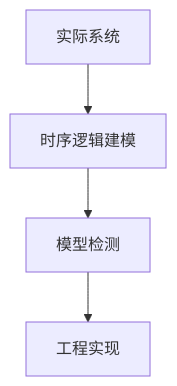
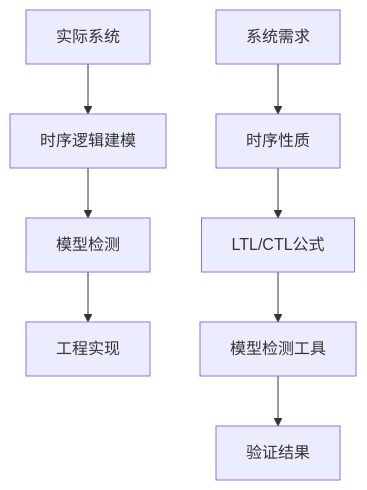
The first of 3 diagrams in analysis/1-形式化理论/1.3-时序逻辑与控制/1.3.5-典型案例与实现.md (AdaMartin18010/Lean), drawn with Mermaid before and after one commit. The commit also changed other lines of this file and 57 other files, not shown here.

````diff
--- a/analysis/1-形式化理论/1.3-时序逻辑与控制/1.3.5-典型案例与实现.md
+++ b/analysis/1-形式化理论/1.3-时序逻辑与控制/1.3.5-典型案例与实现.md
@@ -48,6 +162,11 @@
 ```mermaid
 graph TD
   A[实际系统] --> B[时序逻辑建模]
   B --> C[模型检测]
   C --> D[工程实现]
+  
+  E[系统需求] --> F[时序性质]
+  F --> G[LTL/CTL公式]
+  G --> H[模型检测工具]
+  H --> I[验证结果]
 ```
````
